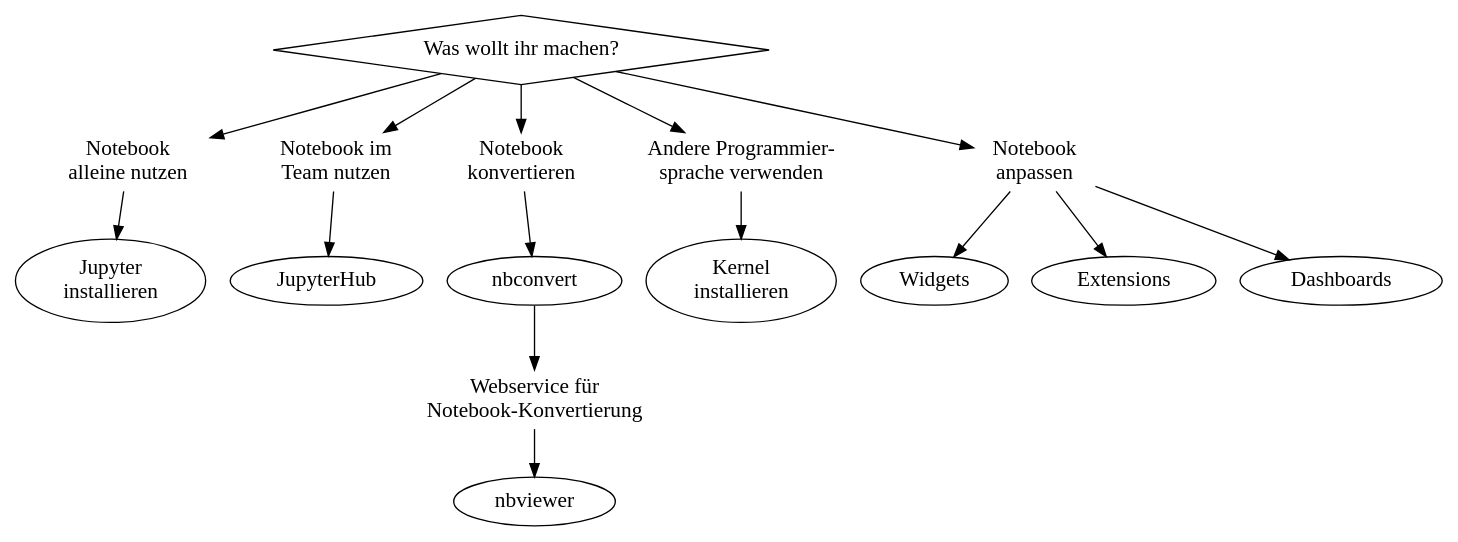
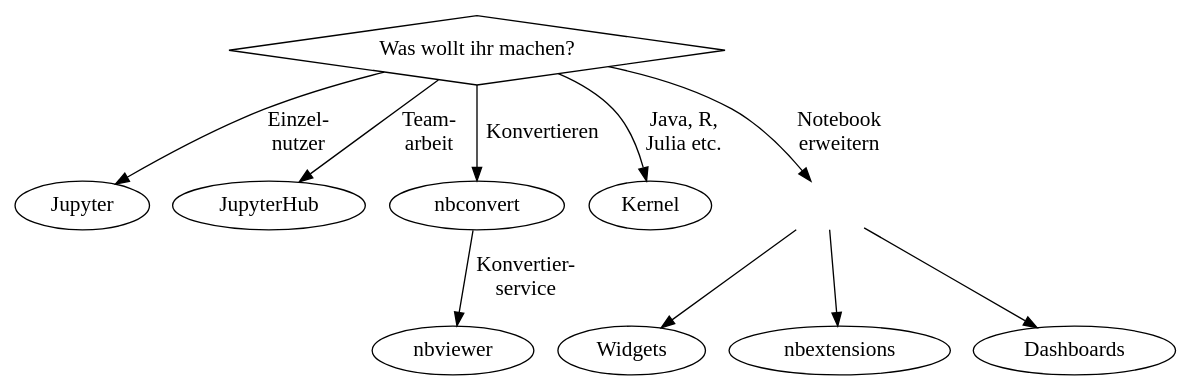
Before and after one commit to veit/jupyter-tutorial: the diagram in docs/jupyter/index.rst, drawn with Graphviz. The commit also changed other lines of this file, not shown here.

Commit message:
Simplify jupyter decision graph

```diff
--- a/docs/jupyter/index.rst
+++ b/docs/jupyter/index.rst
@@ -18,32 +18,8 @@
             tooltip="Jupyter bietet euch verschiedene Möglichkeiten, wie ihr die Notebooks nutzen könnt"]
         //  style=filled, color="green"]
         // Second Level
-        singleuser [shape=plaintext,
-            label="Notebook\nalleine nutzen",
-            tooltip="Gehe zur Jupyter-Installationsanleitung"]
-        team [
-            shape=plaintext,
-            label="Notebook im\nTeam nutzen",
-            tooltip="Gehe zur JupyterHub-Installationsanleitung"]
-        convert [
-            shape=plaintext,
-            label="Notebook\nkonvertieren",
-            tooltip="Verwende nbconvert"]
-        webconvert [
-            shape=plaintext,
-            label="Webservice für\nNotebook-Konvertierung",
-            tooltip="Verwende nbviewer"]
-        lang [
-            shape=plaintext,
-            label="Andere Programmier-\nsprache verwenden",
-            tooltip="Installiere einen Jupyter-Kernel für R, Julia etc."]
-        custom [
-            shape=plaintext,
-            label="Notebook\nanpassen",
-            tooltip="Installiere Notebook-Erweiterungen"]
-        // 3rd Level
         jupyter [
-            label="Jupyter\ninstallieren",
+            label="Jupyter",
             tooltip="Jupyter lokal installieren",
             target="_top",
             href="../first-steps/install.html"]
@@ -63,38 +39,40 @@
             target="_top",
             href="../jupyter/nbviewer.html"]
         kernel [
-            label="Kernel\ninstallieren",
-            tooltip="Kernel installieren, Anzeigen und Starten",
+            label="Kernel",
+            tooltip="Kernel installieren, anzeigen und starten",
             target="_top",
             href="../jupyter/kernels/install.html"]
-        // below kernel
+        custom [
+            shape=plaintext,
+            label=" ",
+            tooltip="Notebook-Erweiterungen installieren"]
+        // 3rd Level
         widgets [
             label="Widgets",
             tooltip="ipywidgets installieren und nutzen",
             target="_top",
             href="../jupyter/ipywidgets/"]
         extend [
-            label="Extensions",
+            label="nbextensions",
             tooltip="Installieren und Verwenden verschiedener Notebook-Erweiterungen",
-            target="_blank",
-            href="https://github.com/ipython-contrib/IPython-notebook-extensions"]
+            target="_top",
+            href="../jupyter/nbextensions.html"]
         dash [
             label="Dashboards",
             tooltip="Installieren und Verwenden von Dashboards",
             target="_blank",
             href="https://github.com/jupyter/dashboards"]
         // Edges
-        what -> {singleuser team convert lang custom}
-        singleuser -> jupyter
-        team -> hub
-        convert -> nbconvert
-        nbconvert -> webconvert
-        webconvert -> nbviewer
-        lang -> kernel
+        what -> jupyter [label="Einzel-\nnutzer"]
+        what -> hub [label="Team-\narbeit"]
+        what -> nbconvert [label="Konvertieren"]
+        nbconvert -> nbviewer [label="Konvertier-\nservice"]
+        what -> kernel [label="Java, R,\nJulia etc."]
+        what -> custom [label="Notebook\nerweitern"]
         custom -> {widgets extend dash}
         // Arangement
         {rank = same; what;}
-        {rank = same; singleuser; team; convert; lang; custom;}
-        {rank = same; widgets; extend;}
-        {rank = same; dash;}
+        {rank = same; jupyter; hub; nbconvert; kernel; custom;}
+        {rank = same; widgets; extend; dash;}
     }
```
